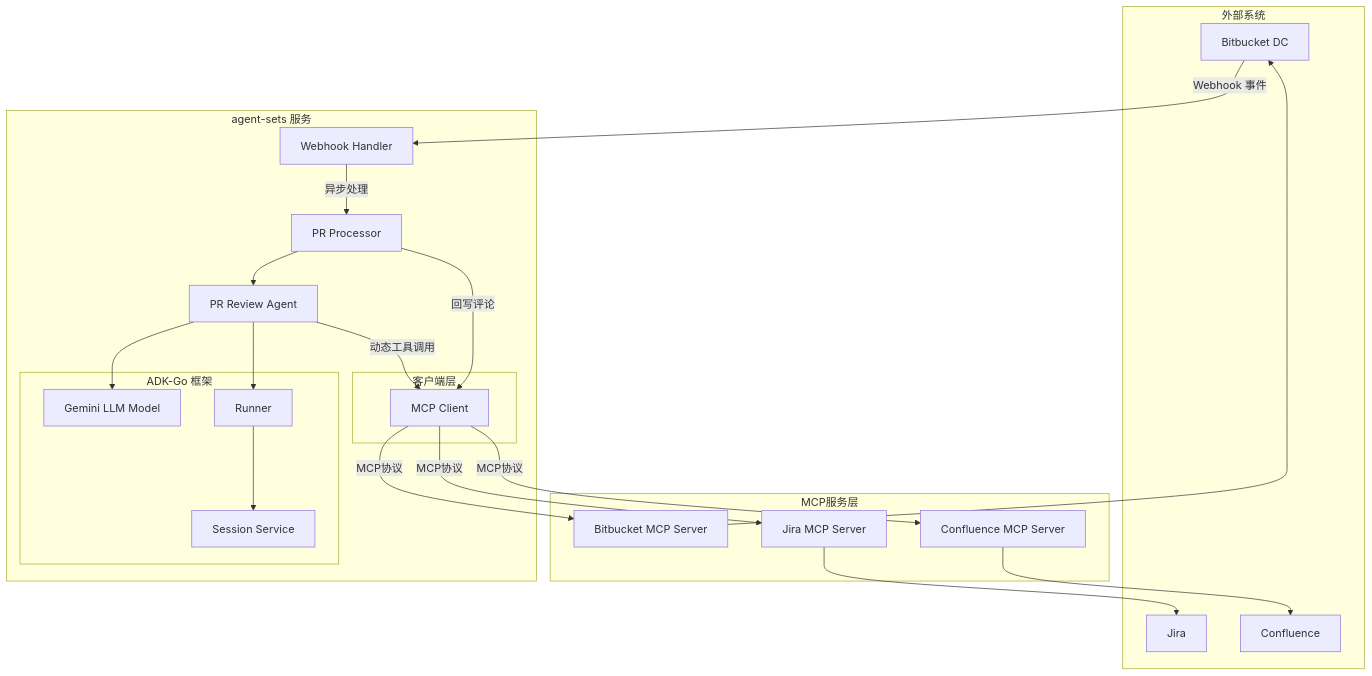
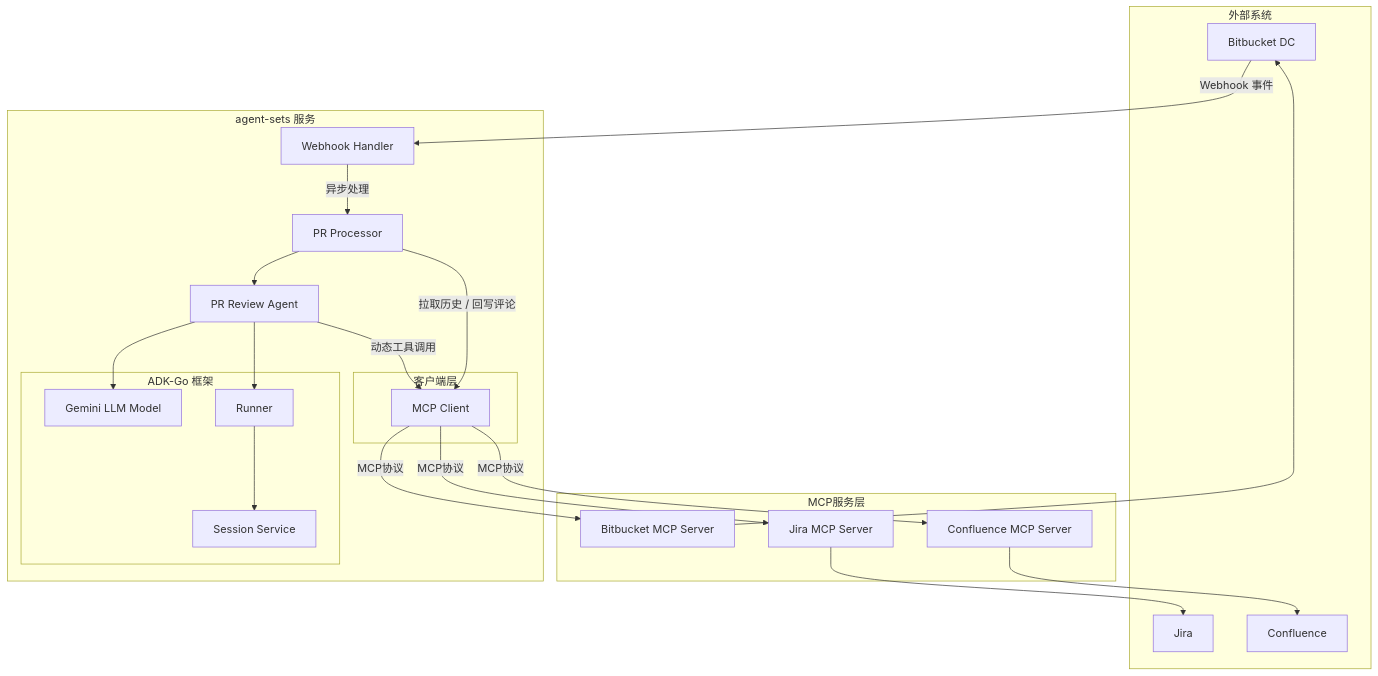
Before and after one commit to step-chen/agent-sets: the first of 2 diagrams in README.zh.md, drawn with Mermaid. The commit also changed other lines of this file and 16 other files, not shown here.

````diff
--- a/README.zh.md
+++ b/README.zh.md
@@ -55,48 +55,48 @@
 ```mermaid
 flowchart TB
     subgraph 外部系统
         BB[Bitbucket DC]
         JIRA[Jira]
         CONF[Confluence]
     end
 
     subgraph MCP服务层
         BB_MCP[Bitbucket MCP Server]
         JIRA_MCP[Jira MCP Server]
         CONF_MCP[Confluence MCP Server]
     end
 
     subgraph agent-sets 服务
         WH[Webhook Handler]
         PROC[PR Processor]
         AGENT[PR Review Agent]
 
         subgraph 客户端层
             MCP_C[MCP Client]
         end
 
         subgraph ADK-Go 框架
             LLM[Gemini LLM Model]
             SESS[Session Service]
             RUNNER[Runner]
         end
     end
 
     BB -- Webhook 事件 --> WH
     WH -- 异步处理 --> PROC
     PROC --> AGENT
     AGENT --> LLM
     AGENT -- 动态工具调用 --> MCP_C
     AGENT --> RUNNER
     RUNNER --> SESS
 
     MCP_C -- MCP协议 --> BB_MCP
     MCP_C -- MCP协议 --> JIRA_MCP
     MCP_C -- MCP协议 --> CONF_MCP
 
     BB_MCP --> BB
     JIRA_MCP --> JIRA
     CONF_MCP --> CONF
 
-    PROC -- 回写评论 --> MCP_C
+    PROC -- 拉取历史 / 回写评论 --> MCP_C
 ```
````
